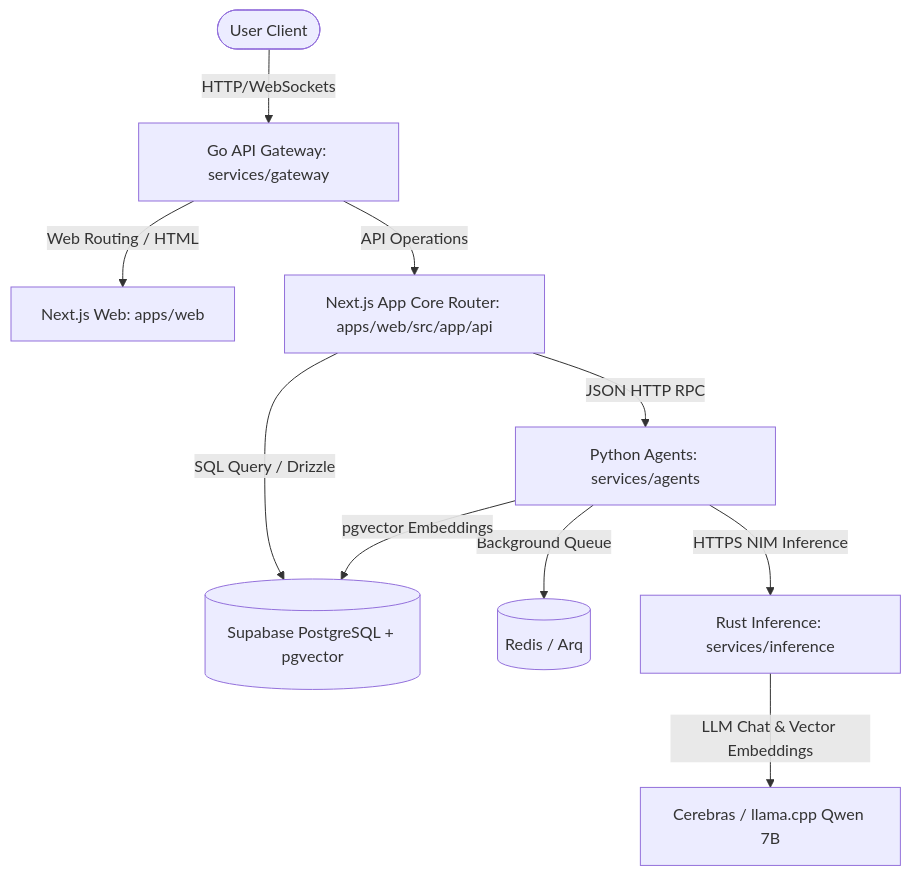
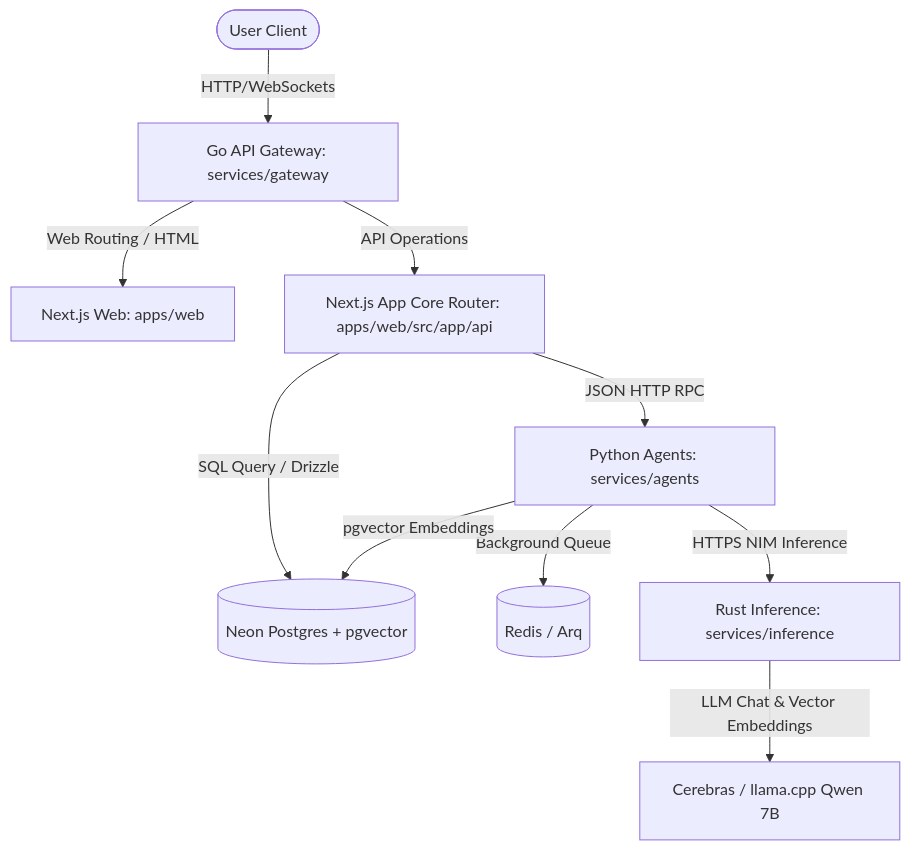
One commit to singhaditya21/school-sis changed the diagram in docs/specs/architecture.md. Above: the diagram before and after it, drawn with Mermaid. The commit also changed 33 other files, not shown here.

````diff
--- a/docs/specs/architecture.md
+++ b/docs/specs/architecture.md
@@ -9,12 +9,12 @@
 ```mermaid
 graph TD
     User([User Client]) -->|HTTP/WebSockets| GW[Go API Gateway: services/gateway]
     GW -->|Web Routing / HTML| FE[Next.js Web: apps/web]
     GW -->|API Operations| BE[Next.js App Core Router: apps/web/src/app/api]
-    BE -->|SQL Query / Drizzle| DB[(Supabase PostgreSQL + pgvector)]
+    BE -->|SQL Query / Drizzle| DB[(Neon Postgres + pgvector)]
     BE -->|JSON HTTP RPC| AG[Python Agents: services/agents]
     AG -->|Background Queue| RD[(Redis / Arq)]
     AG -->|pgvector Embeddings| DB
     AG -->|HTTPS NIM Inference| INF[Rust Inference: services/inference]
     INF -->|LLM Chat & Vector Embeddings| LLM[Cerebras / llama.cpp Qwen 7B]
 ```
````
